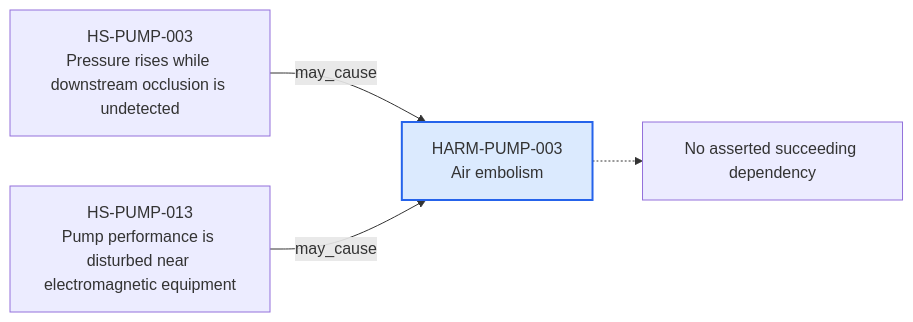
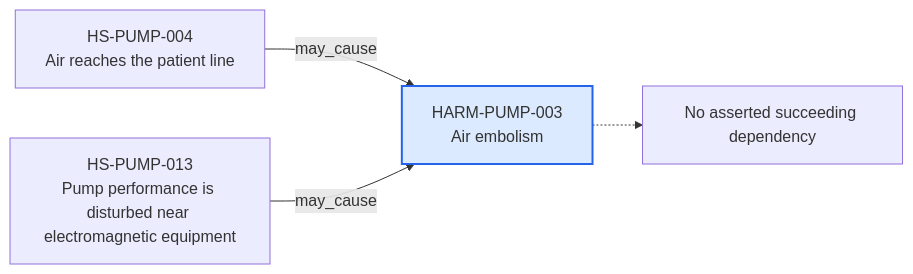
The diagram in content/06-Infpump FlowGuard ontology notes/harm/HARM-PUMP-003-air-embolism.md (mvattulainen/mdrontology), drawn with Mermaid before and after one commit. The commit also changed other lines of this file and 321 other files, not shown here.

Commit message:
Implement Mermaid ontology audit findings

````diff
--- a/content/06-Infpump FlowGuard ontology notes/harm/HARM-PUMP-003-air-embolism.md
+++ b/content/06-Infpump FlowGuard ontology notes/harm/HARM-PUMP-003-air-embolism.md
@@ -65,12 +67,12 @@
 ```mermaid
 flowchart LR
   CURRENT["HARM-PUMP-003<br/>Air embolism"]
-  PREV0["HS-PUMP-003<br/>Pressure rises while downstream occlusion is undetected"]
+  PREV0["HS-PUMP-004<br/>Air reaches the patient line"]
   PREV0 -->|"may_cause"| CURRENT
   PREV1["HS-PUMP-013<br/>Pump performance is disturbed near electromagnetic equipment"]
   PREV1 -->|"may_cause"| CURRENT
   NEXT_NONE["No asserted succeeding dependency"]
   CURRENT -.-> NEXT_NONE
   classDef current fill:#dbeafe,stroke:#2563eb,stroke-width:2px
   class CURRENT current
 ```
````
